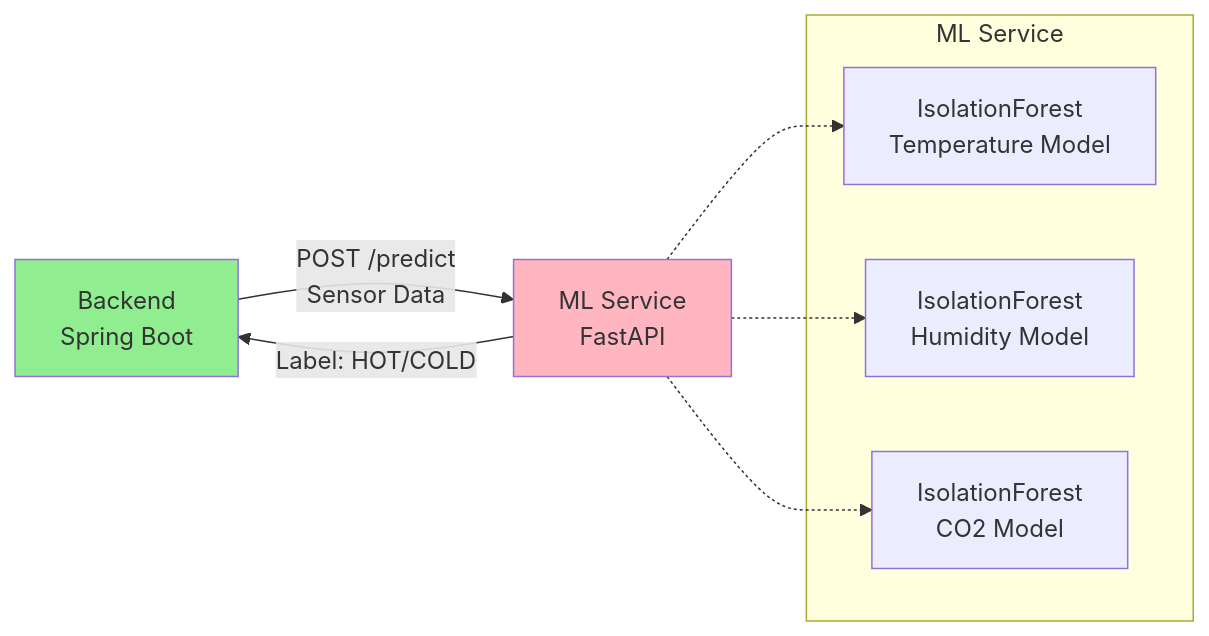
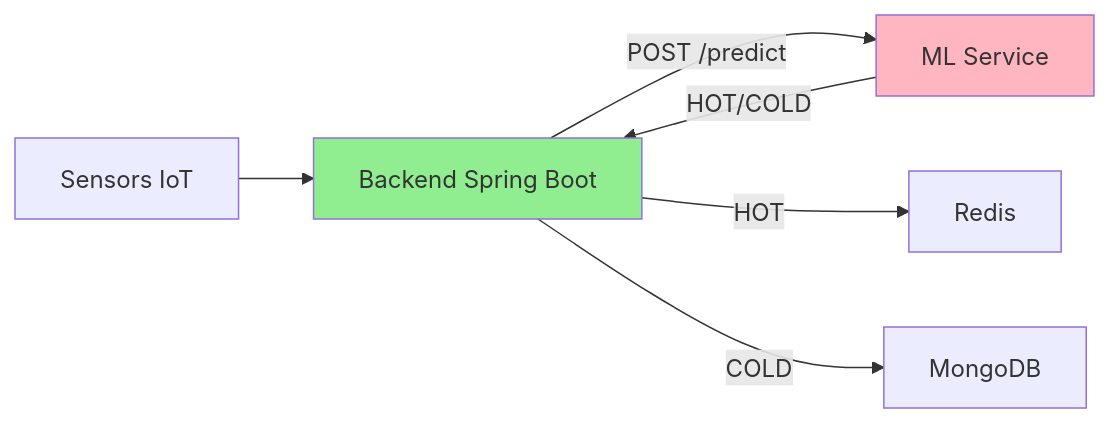
One commit to Haui-HIT-H2K/SmartCity-Platform changed the diagram in docs/ml-ai-docs/intro.md. Above: the diagram before and after it, drawn with Mermaid. The commit also changed other lines of this file, not shown here.

````diff
--- a/docs/ml-ai-docs/intro.md
+++ b/docs/ml-ai-docs/intro.md
@@ -15,16 +14,11 @@
 ```mermaid
 graph LR
-    A[Backend<br/>Spring Boot] -->|POST /predict<br/>Sensor Data| B[ML Service<br/>FastAPI]
-    B -->|Label: HOT/COLD| A
+    A[Sensors IoT] --> B[Backend Spring Boot]
+    B -->|POST /predict| C[ML Service]
+    C -->|HOT/COLD| B
+    B -->|HOT| D[Redis]
+    B -->|COLD| E[MongoDB]
     
-    subgraph "ML Service"
-        C[IsolationForest<br/>Temperature Model]
-        D[IsolationForest<br/>Humidity Model]
-        E[IsolationForest<br/>CO2 Model]
-    end
-    
-    B -.-> C & D & E
-    
-    style B fill:#FFB6C1
-    style A fill:#90EE90
+    style C fill:#FFB6C1
+    style B fill:#90EE90
 ```
````
